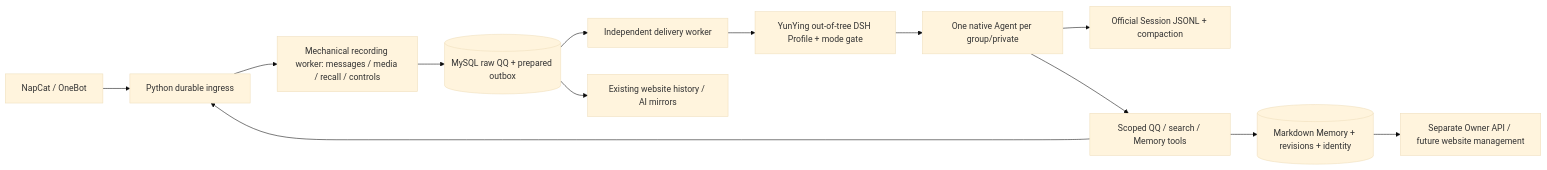
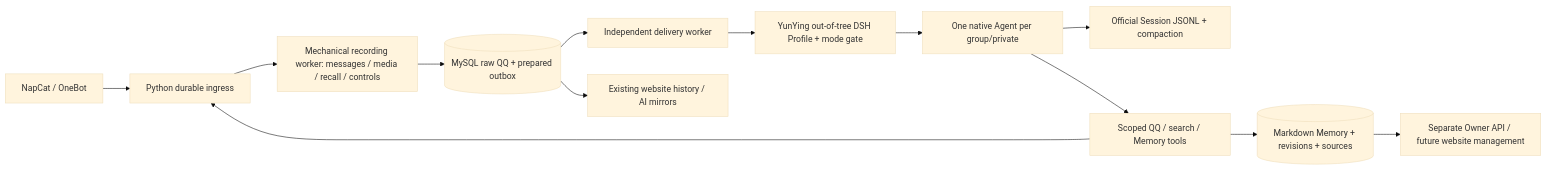
Before and after one commit to igng-dev/igng-bot: the diagram in docs/v4-architecture.md, drawn with Mermaid (base theme). The commit also changed other lines of this file and 8 other files, not shown here.

````diff
--- a/docs/v4-architecture.md
+++ b/docs/v4-architecture.md
@@ -7,15 +7,15 @@
 ```mermaid
 flowchart LR
   QQ[NapCat / OneBot] --> I[Python durable ingress]
   I --> R[Mechanical recording worker: messages / media / recall / controls]
   R --> DB[(MySQL raw QQ + prepared outbox)]
   DB --> D[Independent delivery worker]
   D --> P[YunYing out-of-tree DSH Profile + mode gate]
   P --> A[One native Agent per group/private]
   A --> S[Official Session JSONL + compaction]
   A --> T[Scoped QQ / search / Memory tools]
   T --> I
-  T --> M[(Markdown Memory + revisions + identity)]
+  T --> M[(Markdown Memory + revisions + sources)]
   DB --> W[Existing website history / AI mirrors]
   M --> O[Separate Owner API / future website management]
 ```
````
